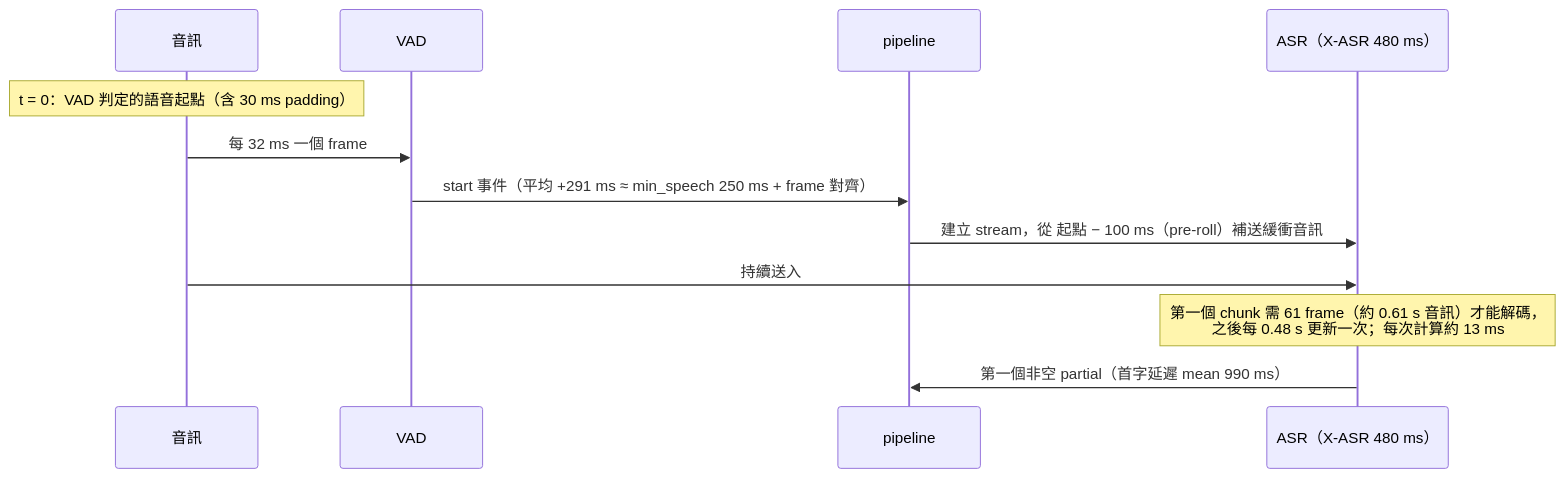
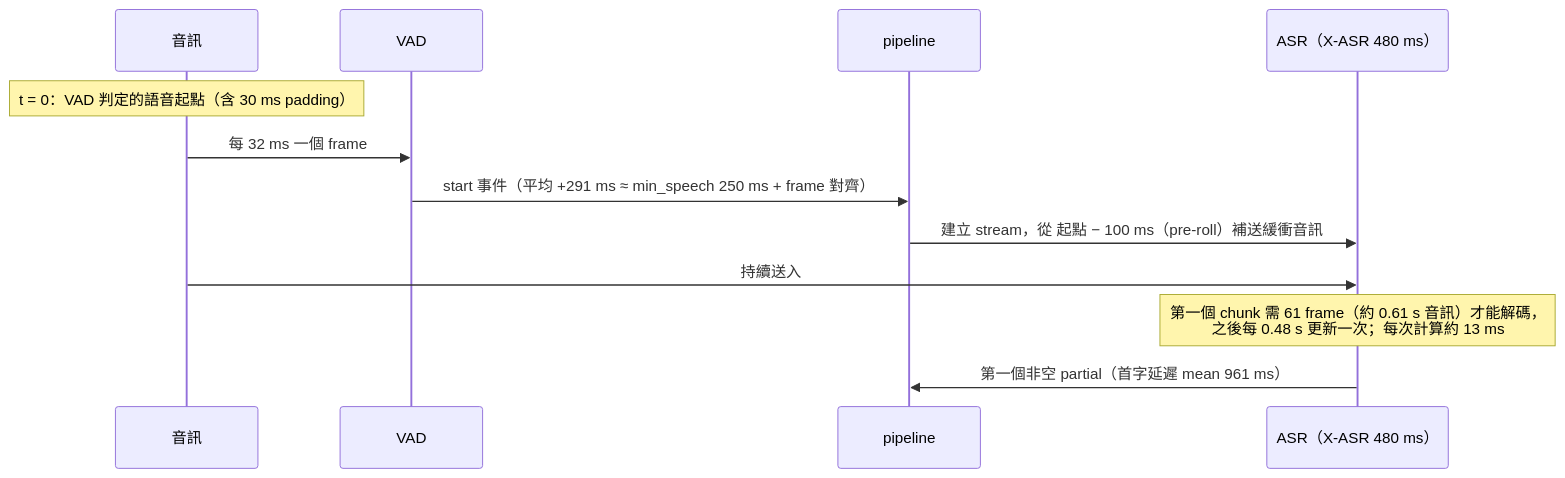
Before and after one commit to l1cr0000-dev/ondevice-zh-asr: the second of 2 diagrams in README.md, drawn with Mermaid. The commit also changed other lines of this file and 4 other files, not shown here.

````diff
--- a/README.md
+++ b/README.md
@@ -55,14 +55,14 @@
 ```mermaid
 sequenceDiagram
     participant A as 音訊
     participant V as VAD
     participant P as pipeline
     participant R as ASR（X-ASR 480 ms）
     Note over A: t = 0：VAD 判定的語音起點（含 30 ms padding）
     A->>V: 每 32 ms 一個 frame
     V->>P: start 事件（平均 +291 ms ≈ min_speech 250 ms + frame 對齊）
     P->>R: 建立 stream，從 起點 − 100 ms（pre-roll）補送緩衝音訊
     A->>R: 持續送入
     Note over R: 第一個 chunk 需 61 frame（約 0.61 s 音訊）才能解碼，<br/>之後每 0.48 s 更新一次；每次計算約 13 ms
-    R->>P: 第一個非空 partial（首字延遲 mean 990 ms）
+    R->>P: 第一個非空 partial（首字延遲 mean 961 ms）
 ```
````
